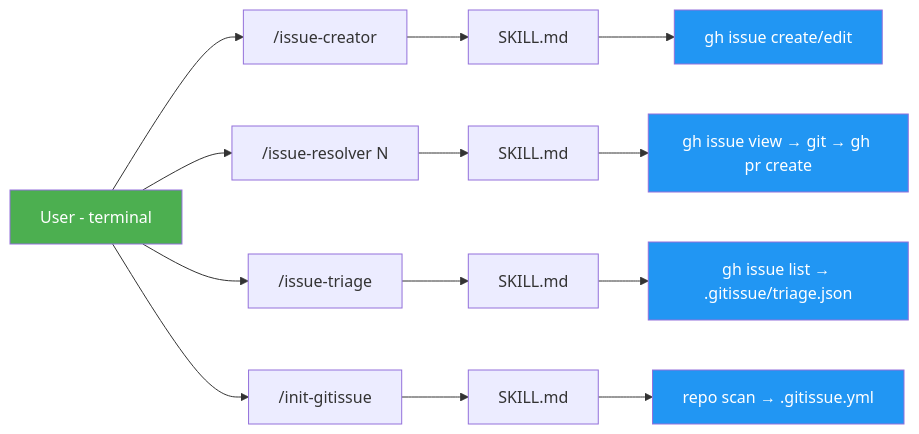
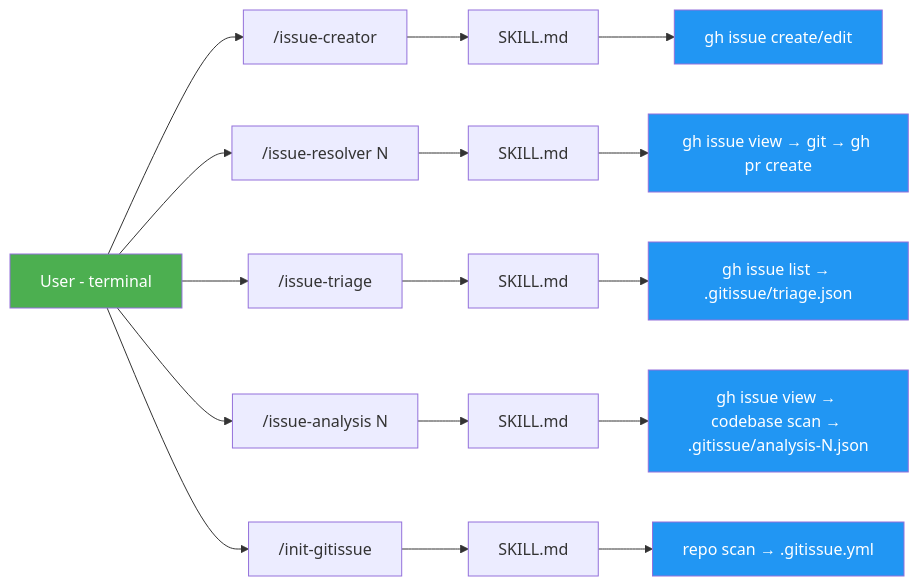
One commit to luongnv89/idd changed the first of 4 diagrams in docs/ARCHITECTURE.md. Above: the diagram before and after it, drawn with Mermaid. The commit also changed other lines of this file and 4 other files, not shown here.

First line of the commit message:
docs: add issue-analysis references across project documentation

````diff
--- a/docs/ARCHITECTURE.md
+++ b/docs/ARCHITECTURE.md
@@ -11,18 +11,21 @@
 ```mermaid
 graph LR
     U[User - terminal] --> IC["/issue-creator"]
     U --> IR["/issue-resolver N"]
     U --> IT["/issue-triage"]
+    U --> IA["/issue-analysis N"]
     U --> IG["/init-gitissue"]
 
     IC --> S1[SKILL.md] --> G1["gh issue create/edit"]
     IR --> S2[SKILL.md] --> G2["gh issue view → git → gh pr create"]
     IT --> S3[SKILL.md] --> G3["gh issue list → .gitissue/triage.json"]
+    IA --> S5[SKILL.md] --> G5["gh issue view → codebase scan → .gitissue/analysis-N.json"]
     IG --> S4[SKILL.md] --> G4["repo scan → .gitissue.yml"]
 
     style U fill:#4CAF50,color:#fff
     style G1 fill:#2196F3,color:#fff
     style G2 fill:#2196F3,color:#fff
     style G3 fill:#2196F3,color:#fff
     style G4 fill:#2196F3,color:#fff
+    style G5 fill:#2196F3,color:#fff
 ```
````
